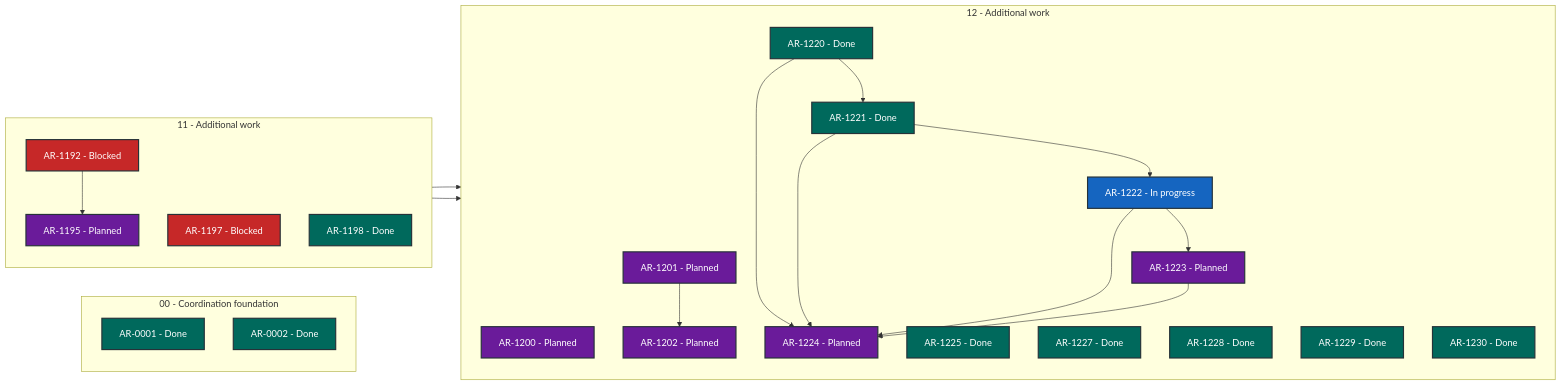
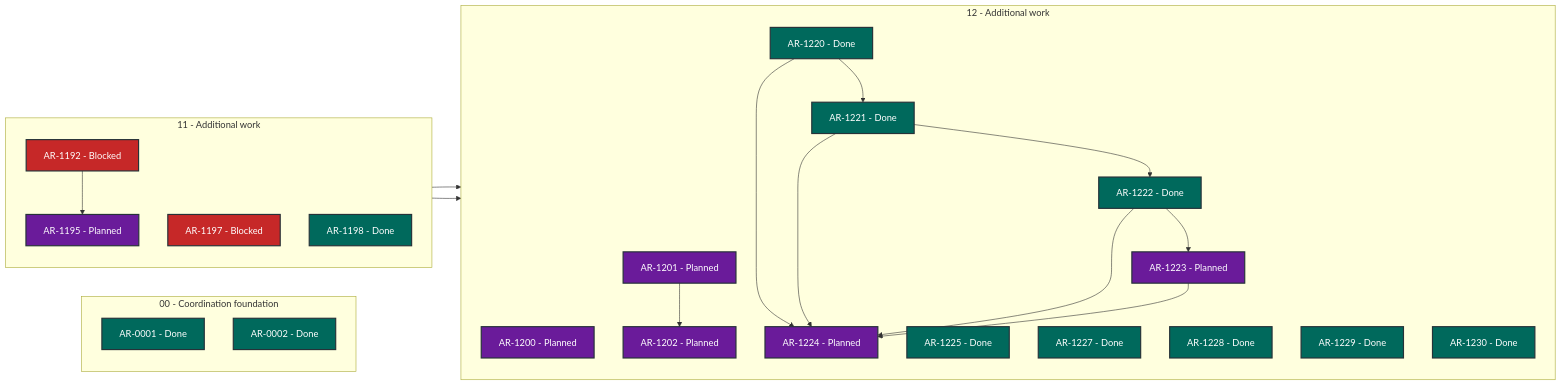
Before and after one commit to martin-beck/asb-tui-state: the diagram in STATUS.md, drawn with Mermaid. The commit also changed other lines of this file and 2 other files, not shown here.

````diff
--- a/STATUS.md
+++ b/STATUS.md
@@ -27,50 +27,50 @@
 ```mermaid
 flowchart LR
     subgraph series_00["00 - Coordination foundation"]
         direction TB
         AR_0001["AR-0001 - Done"]:::status_done
         AR_0002["AR-0002 - Done"]:::status_done
     end
     subgraph series_11["11 - Additional work"]
         direction TB
         AR_1192["AR-1192 - Blocked"]:::status_blocked
         AR_1195["AR-1195 - Planned"]:::status_planned
         AR_1197["AR-1197 - Blocked"]:::status_blocked
         AR_1198["AR-1198 - Done"]:::status_done
     end
     subgraph series_12["12 - Additional work"]
         direction TB
         AR_1200["AR-1200 - Planned"]:::status_planned
         AR_1201["AR-1201 - Planned"]:::status_planned
         AR_1202["AR-1202 - Planned"]:::status_planned
         AR_1220["AR-1220 - Done"]:::status_done
         AR_1221["AR-1221 - Done"]:::status_done
-        AR_1222["AR-1222 - In progress"]:::status_in_progress
+        AR_1222["AR-1222 - Done"]:::status_done
         AR_1223["AR-1223 - Planned"]:::status_planned
         AR_1224["AR-1224 - Planned"]:::status_planned
         AR_1225["AR-1225 - Done"]:::status_done
         AR_1227["AR-1227 - Done"]:::status_done
         AR_1228["AR-1228 - Done"]:::status_done
         AR_1229["AR-1229 - Done"]:::status_done
         AR_1230["AR-1230 - Done"]:::status_done
     end
     AR_1192 --> AR_1195
     AR_1195 --> AR_1200
     AR_1197 --> AR_1201
     AR_1201 --> AR_1202
     AR_1220 --> AR_1221
     AR_1220 --> AR_1224
     AR_1221 --> AR_1222
     AR_1221 --> AR_1224
     AR_1222 --> AR_1223
     AR_1222 --> AR_1224
     AR_1223 --> AR_1224
     classDef status_in_progress fill:#1565c0,color:#ffffff,stroke:#263238,stroke-width:2px
     classDef status_open fill:#2e7d32,color:#ffffff,stroke:#263238,stroke-width:2px
     classDef status_blocked fill:#c62828,color:#ffffff,stroke:#263238,stroke-width:2px
     classDef status_planned fill:#6a1b9a,color:#ffffff,stroke:#263238,stroke-width:2px
     classDef status_future fill:#455a64,color:#ffffff,stroke:#263238,stroke-width:2px
     classDef status_done fill:#00695c,color:#ffffff,stroke:#263238,stroke-width:2px
     classDef status_cancelled fill:#616161,color:#ffffff,stroke:#263238,stroke-width:2px
     classDef status_superseded fill:#5d4037,color:#ffffff,stroke:#263238,stroke-width:2px
 ```
````
